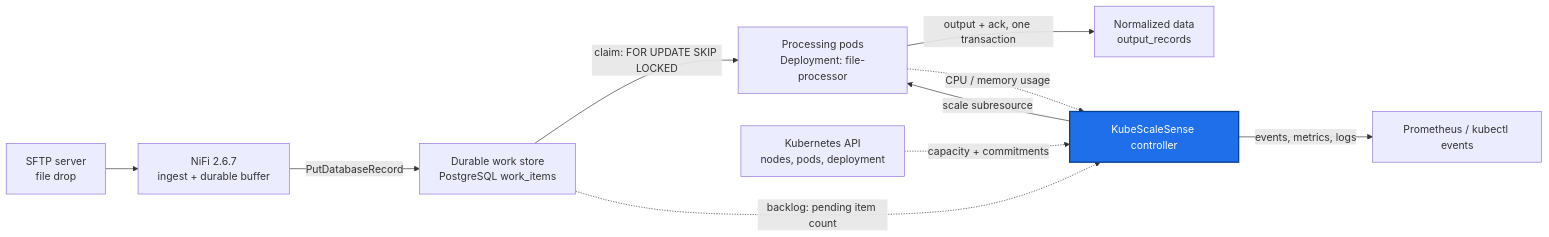
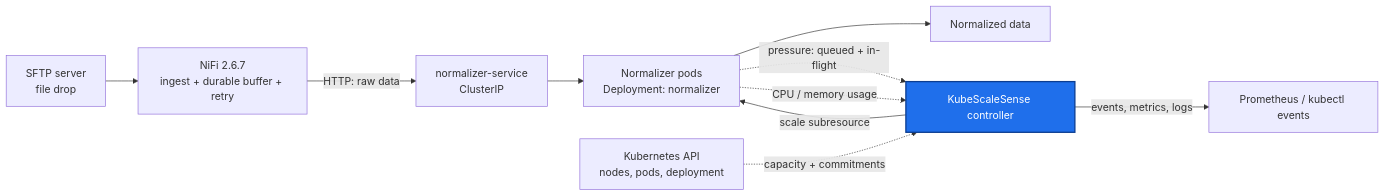
One commit to jensilin/KubeScaleSense changed the first of 7 diagrams in docs/architecture.md. Above: the diagram before and after it, drawn with Mermaid. The commit also changed other lines of this file and 8 other files, not shown here.

Commit message:
docs: simplify KubeScaleSense architecture

````diff
--- a/docs/architecture.md
+++ b/docs/architecture.md
@@ -19,17 +19,17 @@
 ```mermaid
 flowchart LR
-    SFTP["SFTP server<br/>file drop"] --> NIFI["NiFi 2.6.7<br/>ingest + durable buffer"]
-    NIFI -->|PutDatabaseRecord| WORK["Durable work store<br/>PostgreSQL work_items"]
-    WORK -->|"claim: FOR UPDATE SKIP LOCKED"| POOL["Processing pods<br/>Deployment: file-processor"]
-    POOL -->|"output + ack, one transaction"| OUT["Normalized data<br/>output_records"]
+    SFTP["SFTP server<br/>file drop"] --> NIFI["NiFi 2.6.7<br/>ingest + durable buffer + retry"]
+    NIFI -->|"HTTP: raw data"| SVC["normalizer-service<br/>ClusterIP"]
+    SVC --> POOL["Normalizer pods<br/>Deployment: normalizer"]
+    POOL --> OUT["Normalized data"]
 
-    WORK -. "backlog: pending item count" .-> KSS
+    POOL -. "pressure: queued + in-flight" .-> KSS
     POOL -. "CPU / memory usage" .-> KSS
     K8S["Kubernetes API<br/>nodes, pods, deployment"] -. "capacity + commitments" .-> KSS
 
     KSS["KubeScaleSense controller"] -- "scale subresource" --> POOL
     KSS -- "events, metrics, logs" --> OBS["Prometheus / kubectl events"]
 
     classDef ctrl fill:#1f6feb,color:#fff,stroke:#0b3d91,stroke-width:2px
     class KSS ctrl
 ```
````
